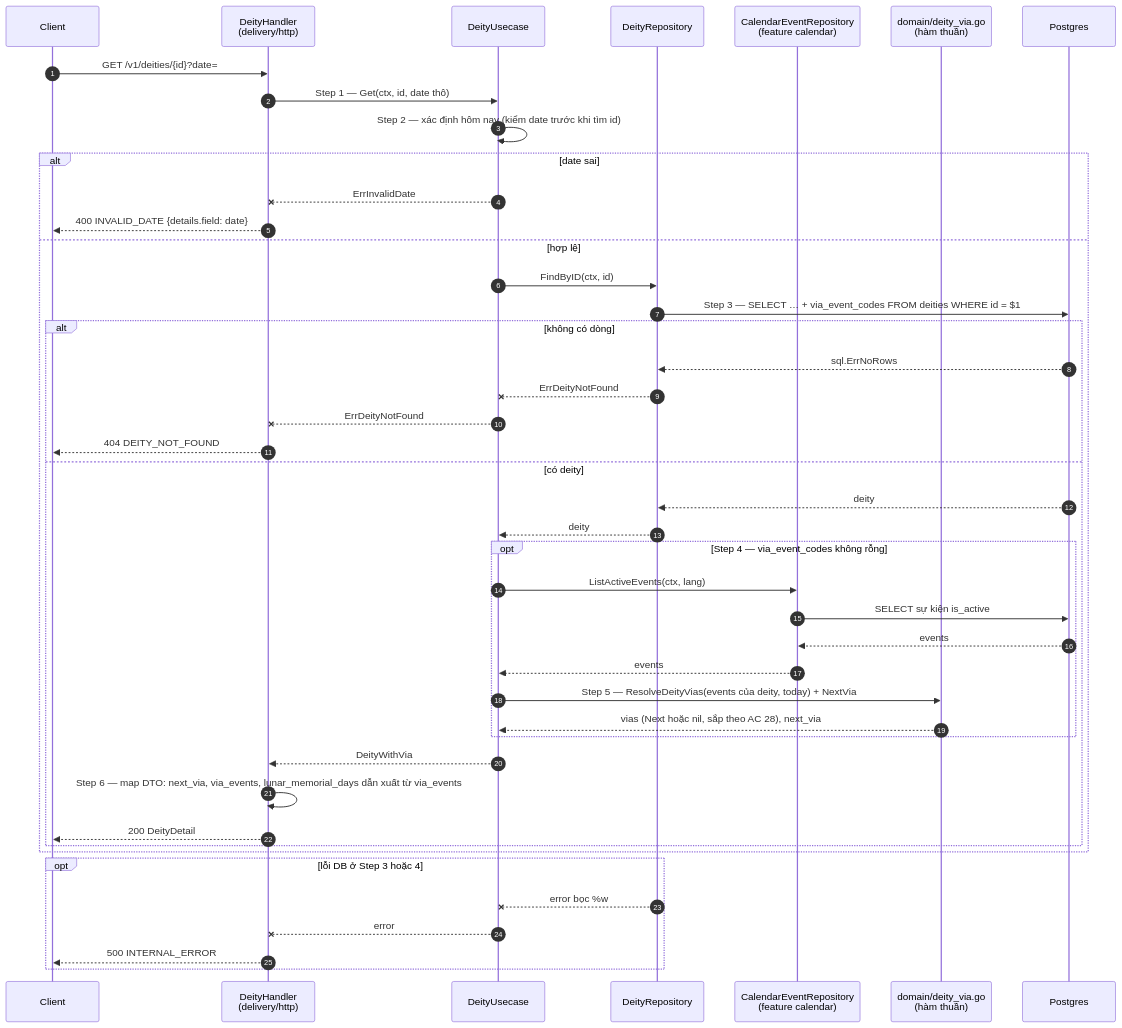
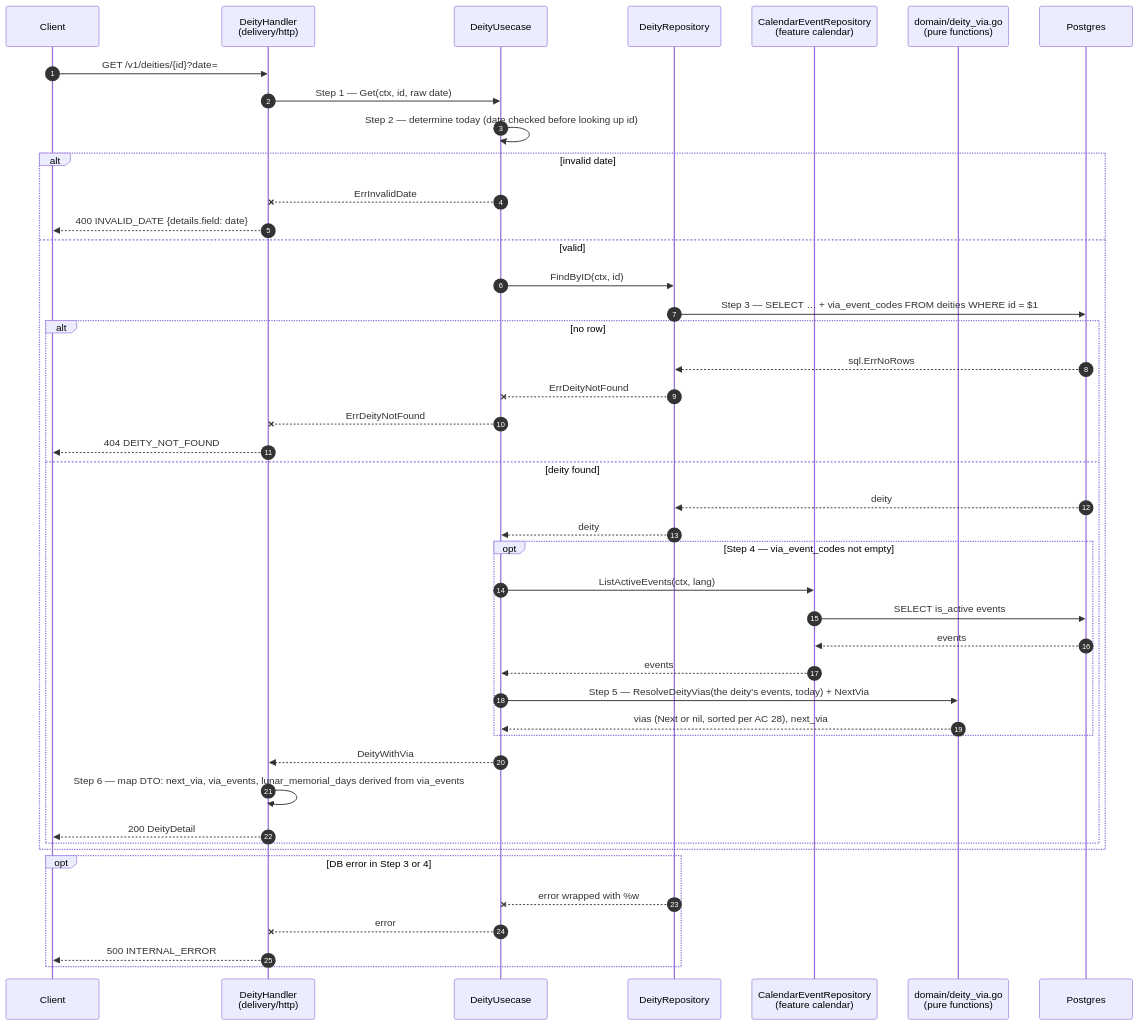
Before and after one commit to chjpcojit/innerlamp-be: the third of 4 diagrams in docs/specs/features/deity/flow.md, drawn with Mermaid. The commit also changed other lines of this file and 5 other files, not shown here.

````diff
--- a/docs/specs/features/deity/flow.md
+++ b/docs/specs/features/deity/flow.md
@@ -113,47 +113,47 @@
 ```mermaid
 sequenceDiagram
     autonumber
     participant C as Client
     participant H as DeityHandler<br/>(delivery/http)
     participant U as DeityUsecase
     participant R as DeityRepository
     participant CR as CalendarEventRepository<br/>(feature calendar)
-    participant D as domain/deity_via.go<br/>(hàm thuần)
+    participant D as domain/deity_via.go<br/>(pure functions)
     participant DB as Postgres
 
     C->>H: GET /v1/deities/{id}?date=
-    H->>U: Step 1 — Get(ctx, id, date thô)
-    U->>U: Step 2 — xác định hôm nay (kiểm date trước khi tìm id)
-    alt date sai
+    H->>U: Step 1 — Get(ctx, id, raw date)
+    U->>U: Step 2 — determine today (date checked before looking up id)
+    alt invalid date
         U--xH: ErrInvalidDate
         H-->>C: 400 INVALID_DATE {details.field: date}
-    else hợp lệ
+    else valid
         U->>R: FindByID(ctx, id)
         R->>DB: Step 3 — SELECT … + via_event_codes FROM deities WHERE id = $1
-        alt không có dòng
+        alt no row
             DB-->>R: sql.ErrNoRows
             R--xU: ErrDeityNotFound
             U--xH: ErrDeityNotFound
             H-->>C: 404 DEITY_NOT_FOUND
-        else có deity
+        else deity found
             DB-->>R: deity
             R-->>U: deity
-            opt Step 4 — via_event_codes không rỗng
+            opt Step 4 — via_event_codes not empty
                 U->>CR: ListActiveEvents(ctx, lang)
-                CR->>DB: SELECT sự kiện is_active
+                CR->>DB: SELECT is_active events
                 DB-->>CR: events
                 CR-->>U: events
-                U->>D: Step 5 — ResolveDeityVias(events của deity, today) + NextVia
-                D-->>U: vias (Next hoặc nil, sắp theo AC 28), next_via
+                U->>D: Step 5 — ResolveDeityVias(the deity's events, today) + NextVia
+                D-->>U: vias (Next or nil, sorted per AC 28), next_via
             end
             U-->>H: DeityWithVia
-            H->>H: Step 6 — map DTO: next_via, via_events, lunar_memorial_days dẫn xuất từ via_events
+            H->>H: Step 6 — map DTO: next_via, via_events, lunar_memorial_days derived from via_events
             H-->>C: 200 DeityDetail
         end
     end
-    opt lỗi DB ở Step 3 hoặc 4
-        R--xU: error bọc %w
+    opt DB error in Step 3 or 4
+        R--xU: error wrapped with %w
         U--xH: error
         H-->>C: 500 INTERNAL_ERROR
     end
 ```
````
